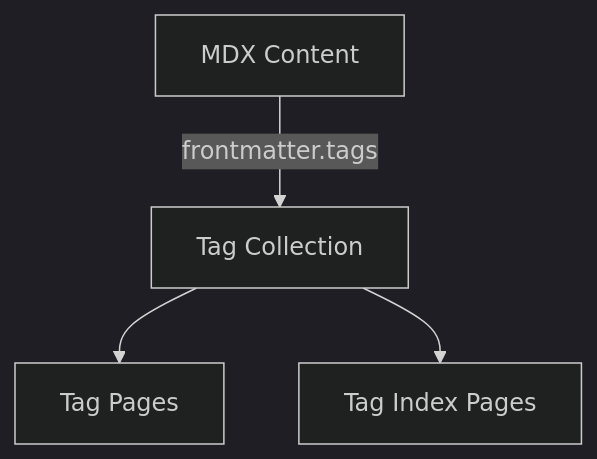
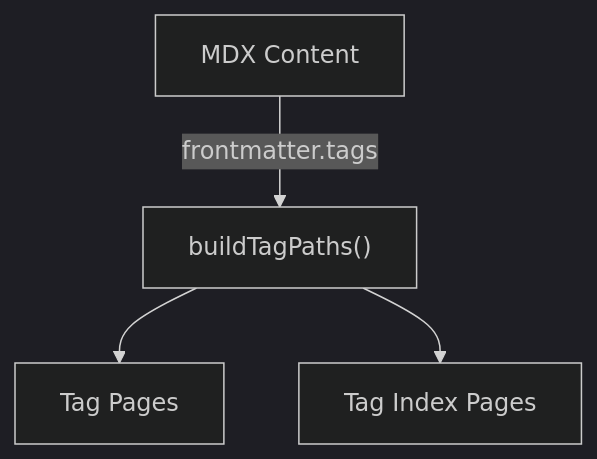
The third of 3 diagrams in src/README.md (lan74123/cc), drawn with Mermaid (dark theme) before and after one commit. The commit also changed other lines of this file and 55 other files, not shown here.

````diff
--- a/src/README.md
+++ b/src/README.md
@@ -232,6 +216,6 @@
 ```mermaid
 graph TD
-    A["MDX Content"] -->|"frontmatter.tags"| B["Tag Collection"]
+    A["MDX Content"] -->|"frontmatter.tags"| B["buildTagPaths()"]
     B --> C["Tag Pages"]
     B --> D["Tag Index Pages"]
 ```
````
